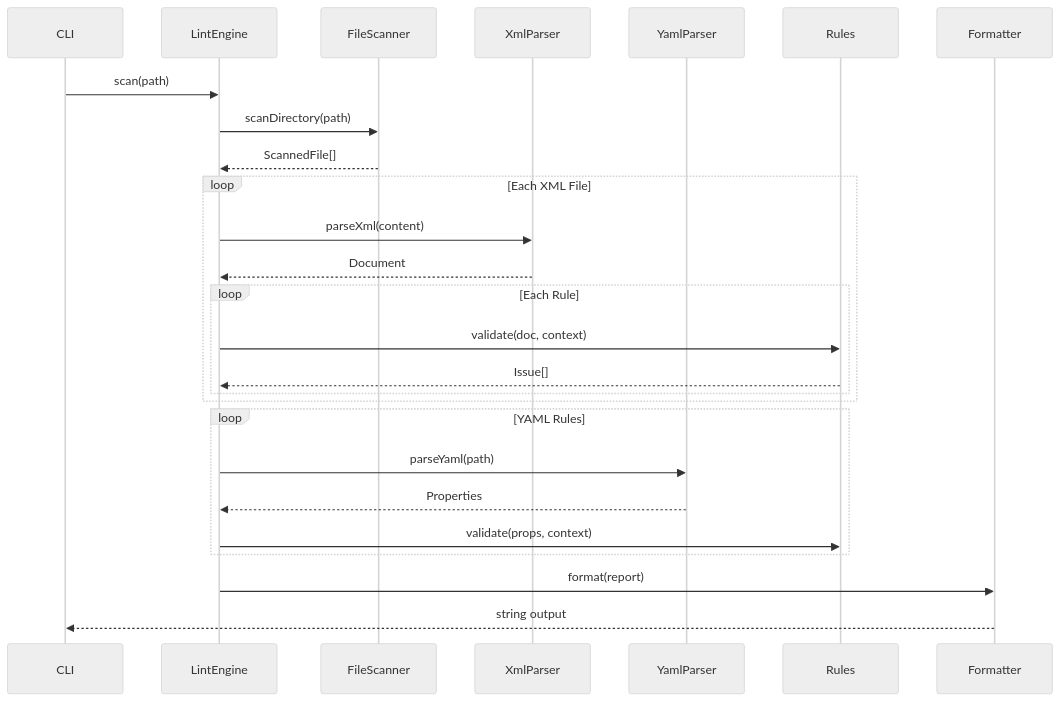
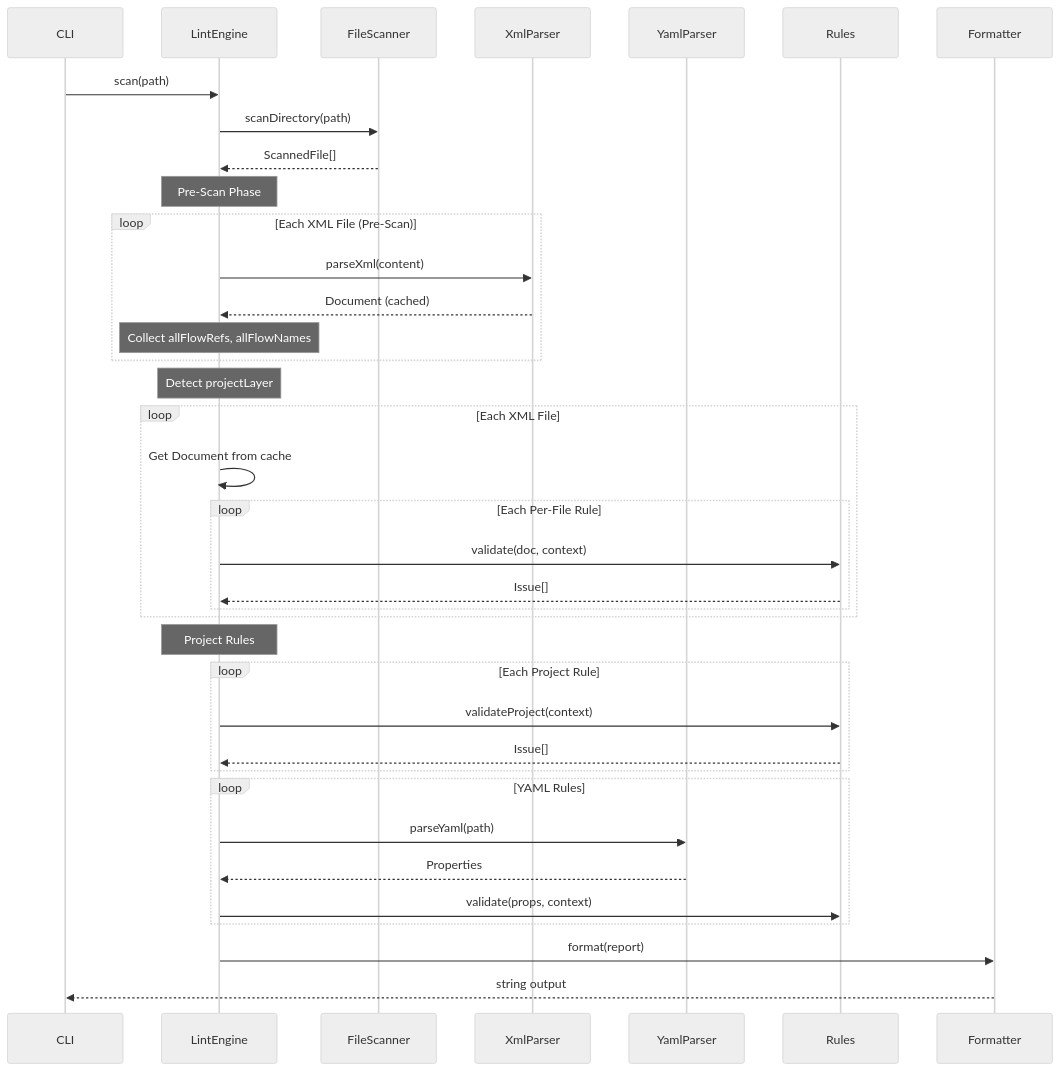
The second of 3 diagrams in docs/linter/architecture.md (Avinava/mule-lint), drawn with Mermaid (neutral theme) before and after one commit. The commit also changed other lines of this file and 4 other files, not shown here.

````diff
--- a/docs/linter/architecture.md
+++ b/docs/linter/architecture.md
@@ -53,33 +55,45 @@
 ```mermaid
 sequenceDiagram
     participant CLI
     participant Engine as LintEngine
     participant Scanner as FileScanner
     participant Parser as XmlParser
     participant YAML as YamlParser
     participant Rules
     participant Formatter
 
     CLI->>Engine: scan(path)
     Engine->>Scanner: scanDirectory(path)
     Scanner-->>Engine: ScannedFile[]
 
+    Note over Engine: Pre-Scan Phase
+    loop Each XML File (Pre-Scan)
+        Engine->>Parser: parseXml(content)
+        Parser-->>Engine: Document (cached)
+        Note over Engine: Collect allFlowRefs, allFlowNames
+    end
+    Note over Engine: Detect projectLayer
+
     loop Each XML File
-        Engine->>Parser: parseXml(content)
-        Parser-->>Engine: Document
-
-        loop Each Rule
+        Engine->>Engine: Get Document from cache
+        loop Each Per-File Rule
             Engine->>Rules: validate(doc, context)
             Rules-->>Engine: Issue[]
         end
+    end
+
+    Note over Engine: Project Rules
+    loop Each Project Rule
+        Engine->>Rules: validateProject(context)
+        Rules-->>Engine: Issue[]
     end
 
     loop YAML Rules
         Engine->>YAML: parseYaml(path)
         YAML-->>Engine: Properties
         Engine->>Rules: validate(props, context)
     end
 
     Engine->>Formatter: format(report)
     Formatter-->>CLI: string output
 ```
````
